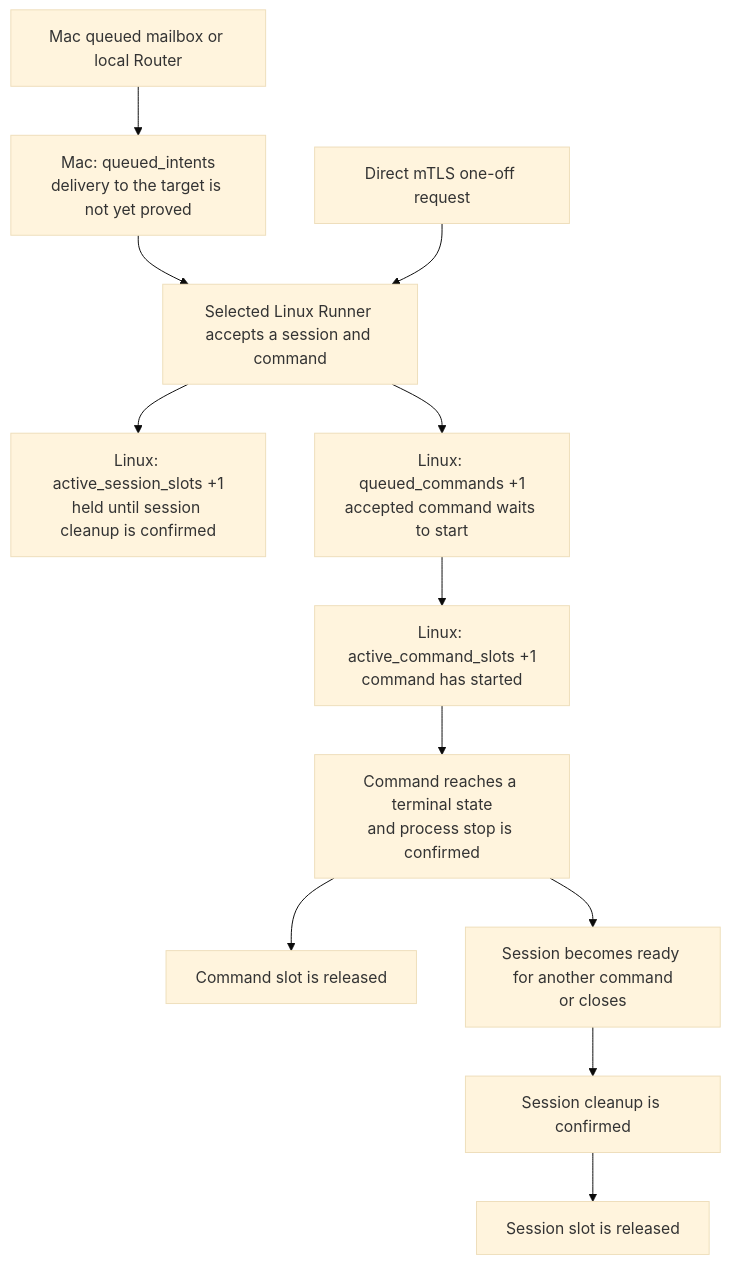
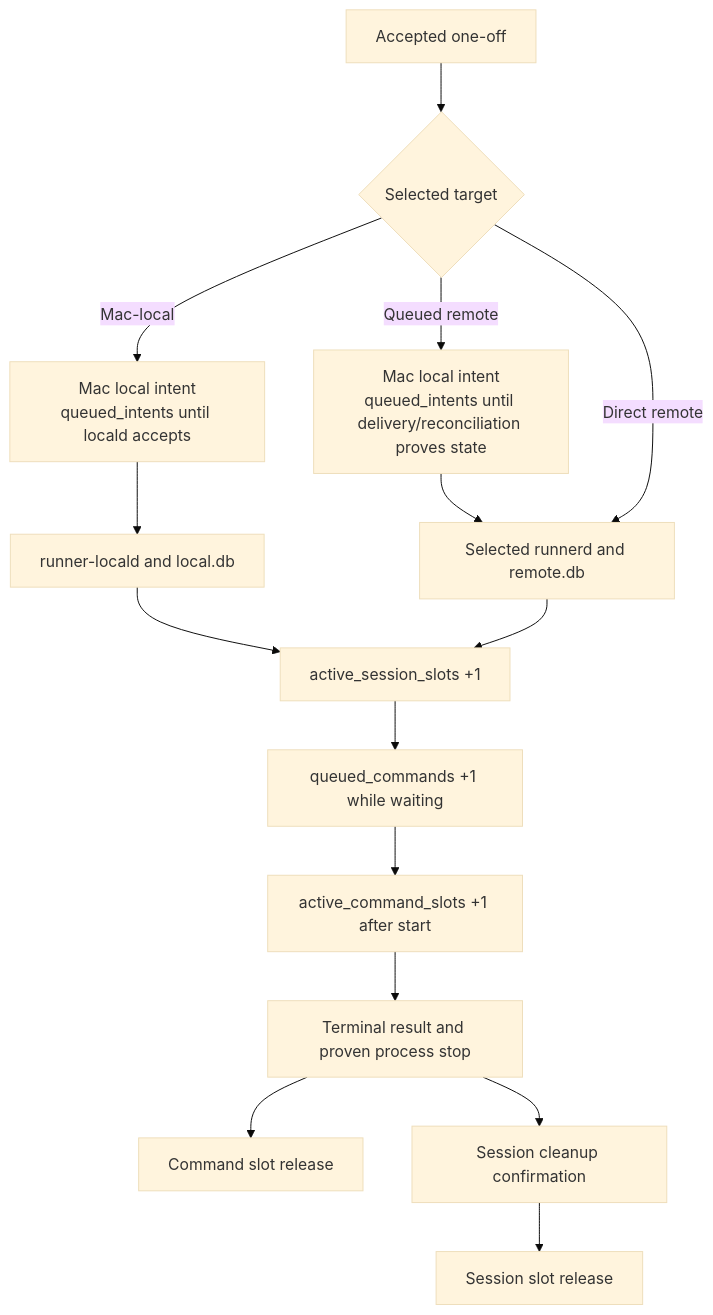
Before and after one commit to gavrilo123456/remote-session-runner: the diagram in docs/operations.md, drawn with Mermaid (base theme). The commit also changed other lines of this file and 25 other files, not shown here.

````diff
--- a/docs/operations.md
+++ b/docs/operations.md
@@ -311,14 +322,17 @@
 ```mermaid
 flowchart TD
-    A[Mac queued mailbox or local Router] --> B[Mac: queued_intents<br/>delivery to the target is not yet proved]
-    B --> C[Selected Linux Runner accepts a session and command]
-    X[Direct mTLS one-off request] --> C
-    C --> D[Linux: active_session_slots +1<br/>held until session cleanup is confirmed]
-    C --> E[Linux: queued_commands +1<br/>accepted command waits to start]
-    E --> F[Linux: active_command_slots +1<br/>command has started]
-    F --> G[Command reaches a terminal state<br/>and process stop is confirmed]
-    G --> H[Command slot is released]
-    G --> I[Session becomes ready for another command<br/>or closes]
-    I --> J[Session cleanup is confirmed]
-    J --> K[Session slot is released]
+    A[Accepted one-off] --> B{Selected target}
+    B -->|Mac-local| C[Mac local intent<br/>queued_intents until locald accepts]
+    C --> D[runner-locald and local.db]
+    B -->|Queued remote| E[Mac local intent<br/>queued_intents until delivery/reconciliation proves state]
+    E --> F[Selected runnerd and remote.db]
+    B -->|Direct remote| F
+    D --> G[active_session_slots +1]
+    F --> G
+    G --> H[queued_commands +1 while waiting]
+    H --> I[active_command_slots +1 after start]
+    I --> J[Terminal result and proven process stop]
+    J --> K[Command slot release]
+    J --> L[Session cleanup confirmation]
+    L --> M[Session slot release]
 ```
````
